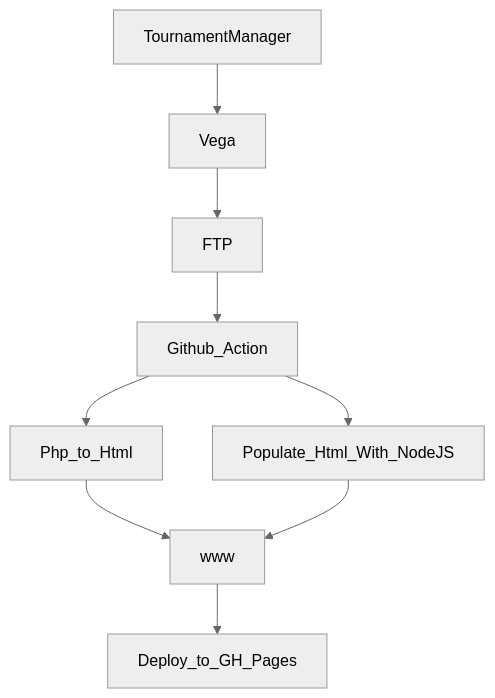
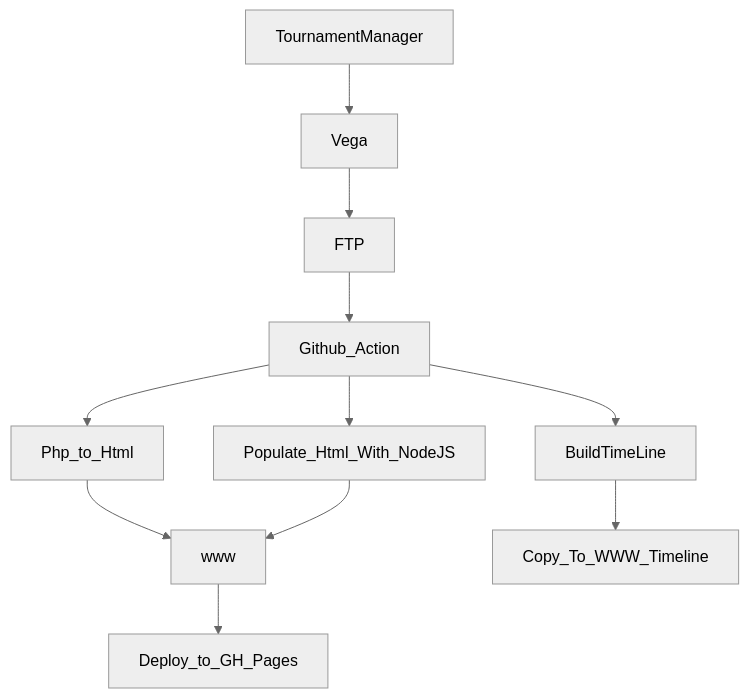
The diagram in README.md (Hobsons-Bay-Chess-Club-AU/tournaments), drawn with Mermaid (neutral theme) before and after one commit.

````diff
--- a/README.md
+++ b/README.md
@@ -12,11 +12,13 @@
 ```mermaid
 graph TD;
     TournamentManager-->Vega;
     Vega-->FTP;
     FTP-->Github_Action;
     Github_Action-->Php_to_Html;
     Github_Action-->Populate_Html_With_NodeJS
+    Github_Action-->BuildTimeLine
     Php_to_Html-->www
     Populate_Html_With_NodeJS-->www
+    BuildTimeLine-->Copy_To_WWW_Timeline
     www-->Deploy_to_GH_Pages
 ```
````
